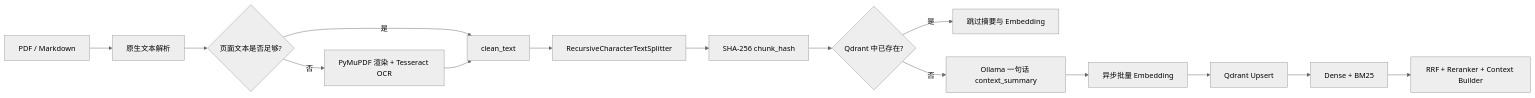
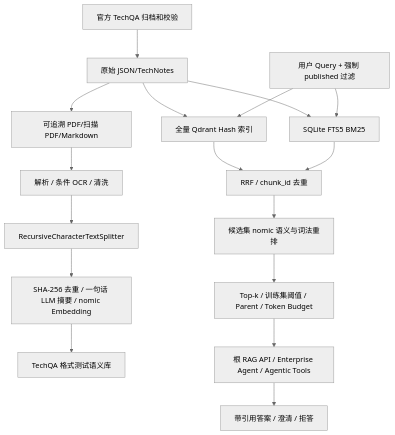
One commit to BoiledFishz/RAG-Ingestion-Pipeline changed the diagram in README.md. Above: the diagram before and after it, drawn with Mermaid (neutral theme). The commit also changed other lines of this file and 136 other files, not shown here.

Commit message:
feat: unify RAG workflows on official TechQA and record full-corpus evaluation

````diff
--- a/README.md
+++ b/README.md
@@ -15,17 +26,19 @@
 ```mermaid
-flowchart LR
-    A["PDF / Markdown"] --> B["原生文本解析"]
-    B --> C{"页面文本是否足够?"}
-    C -- "否" --> D["PyMuPDF 渲染 + Tesseract OCR"]
-    C -- "是" --> E["clean_text"]
-    D --> E
-    E --> F["RecursiveCharacterTextSplitter"]
-    F --> G["SHA-256 chunk_hash"]
-    G --> H{"Qdrant 中已存在?"}
-    H -- "是" --> I["跳过摘要与 Embedding"]
-    H -- "否" --> J["Ollama 一句话 context_summary"]
-    J --> K["异步批量 Embedding"]
-    K --> L["Qdrant Upsert"]
-    L --> M["Dense + BM25"]
-    M --> N["RRF + Reranker + Context Builder"]
+flowchart TD
+    A[官方 TechQA 归档和校验] --> B[原始 JSON/TechNotes]
+    B --> C[全量 Qdrant Hash 索引]
+    B --> D[SQLite FTS5 BM25]
+    B --> E[可追溯 PDF/扫描 PDF/Markdown]
+    E --> F[解析 / 条件 OCR / 清洗]
+    F --> G[RecursiveCharacterTextSplitter]
+    G --> H[SHA-256 去重 / 一句话 LLM 摘要 / nomic Embedding]
+    H --> I[TechQA 格式测试语义库]
+    Q[用户 Query + 强制 published 过滤] --> C
+    Q --> D
+    C --> J[RRF / chunk_id 去重]
+    D --> J
+    J --> K[候选集 nomic 语义与词法重排]
+    K --> L[Top-k / 训练集阈值 / Parent / Token Budget]
+    L --> M[根 RAG API / Enterprise Agent / Agentic Tools]
+    M --> N[带引用答案 / 澄清 / 拒答]
 ```
````
